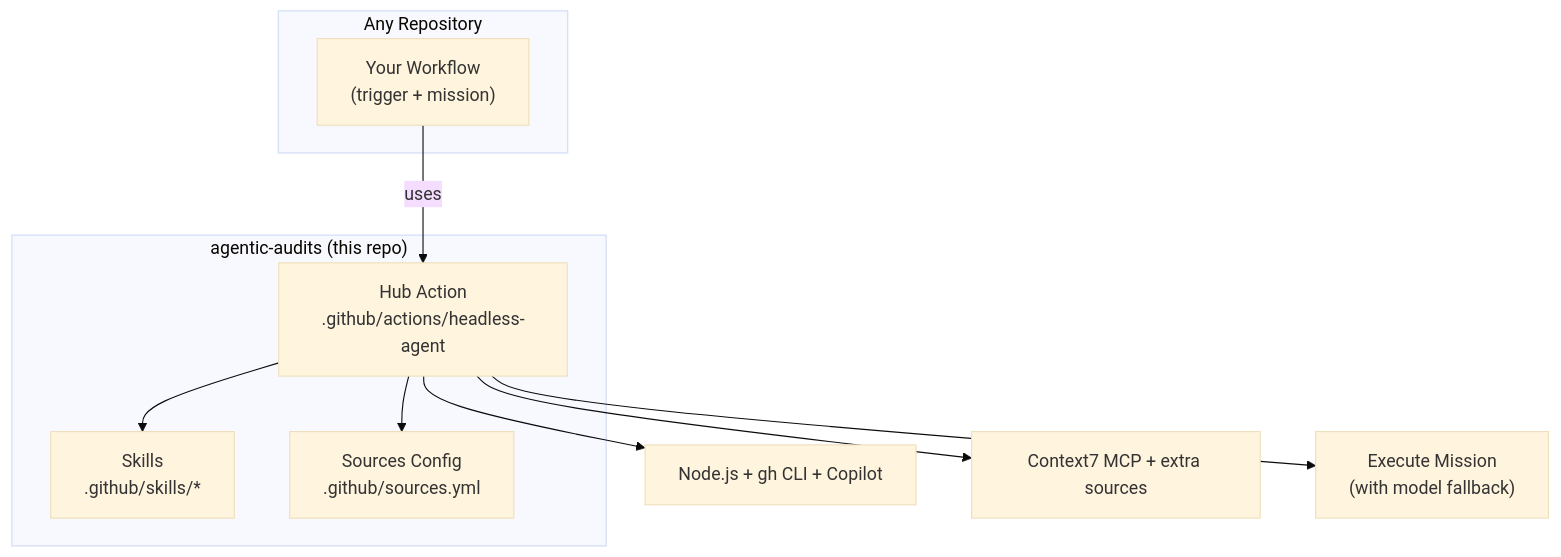
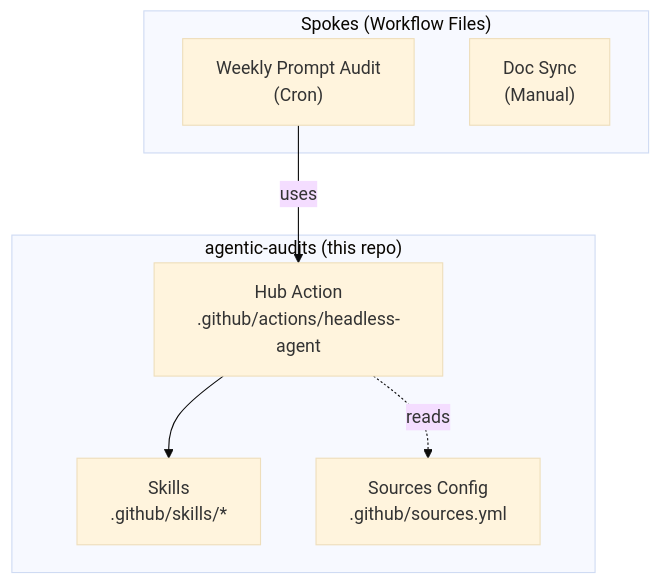
One commit to petermefrandsen/agentic-audits changed the diagram in README.md. Above: the diagram before and after it, drawn with Mermaid (base theme). The commit also changed other lines of this file and 5 other files, not shown here.

First line of the commit message:
feat: Configure local Context7 MCP for agents

````diff
--- a/README.md
+++ b/README.md
@@ -9,17 +9,16 @@
 ```mermaid
 graph TD
-    subgraph "Any Repository"
-        S1["Your Workflow<br/>(trigger + mission)"]
-    end
     subgraph "agentic-audits (this repo)"
         HUB["Hub Action<br/>.github/actions/headless-agent"]
         SK["Skills<br/>.github/skills/*"]
         SRC["Sources Config<br/>.github/sources.yml"]
     end
     S1 -->|"uses"| HUB
     HUB --> SK
-    HUB --> SRC
-    HUB --> N["Node.js + gh CLI + Copilot"]
-    HUB --> MCP["Context7 MCP + extra sources"]
-    HUB --> RUN["Execute Mission<br/>(with model fallback)"]
+    HUB -.->|"reads"| SRC
+
+    subgraph "Spokes (Workflow Files)"
+        S1["Weekly Prompt Audit<br/>(Cron)"]
+        S2["Doc Sync<br/>(Manual)"]
+    end
 ```
````
